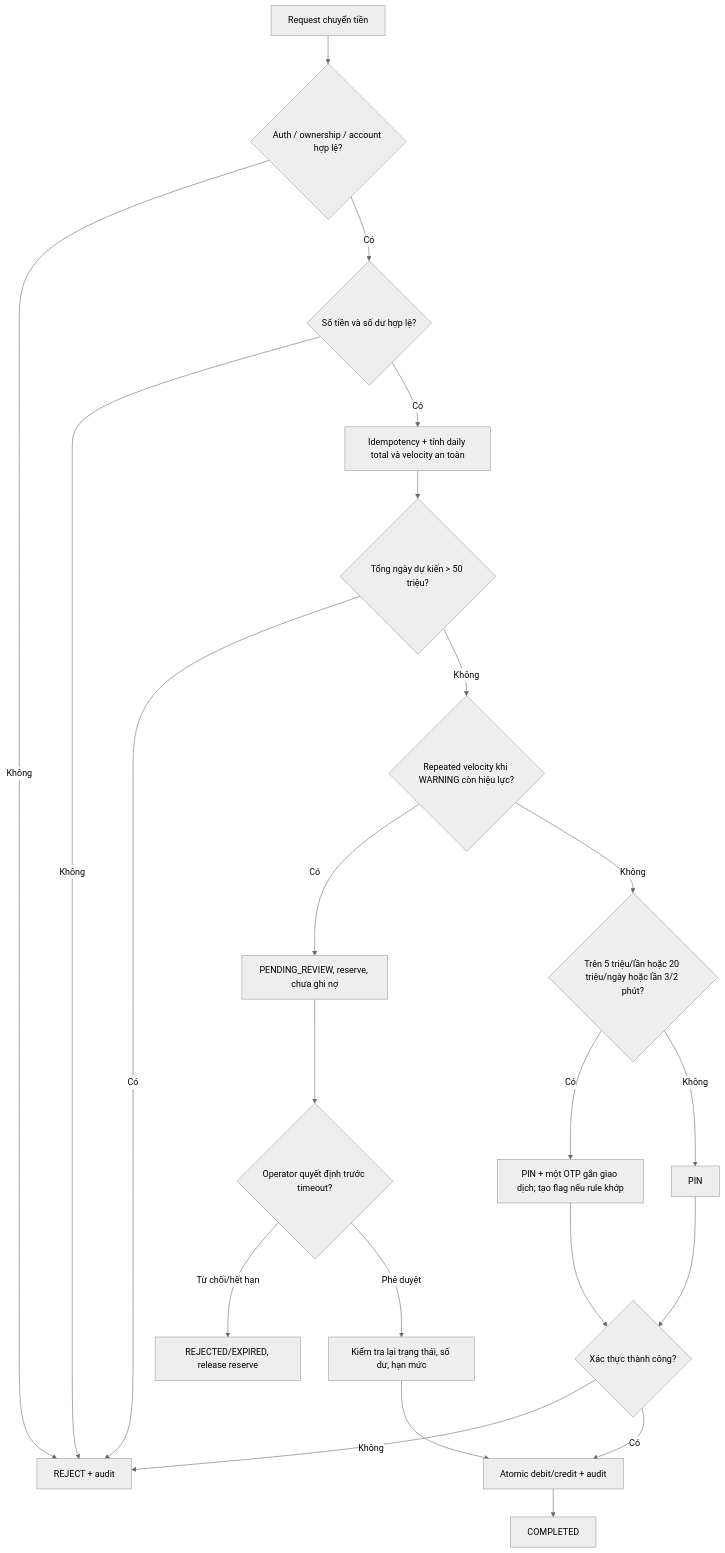
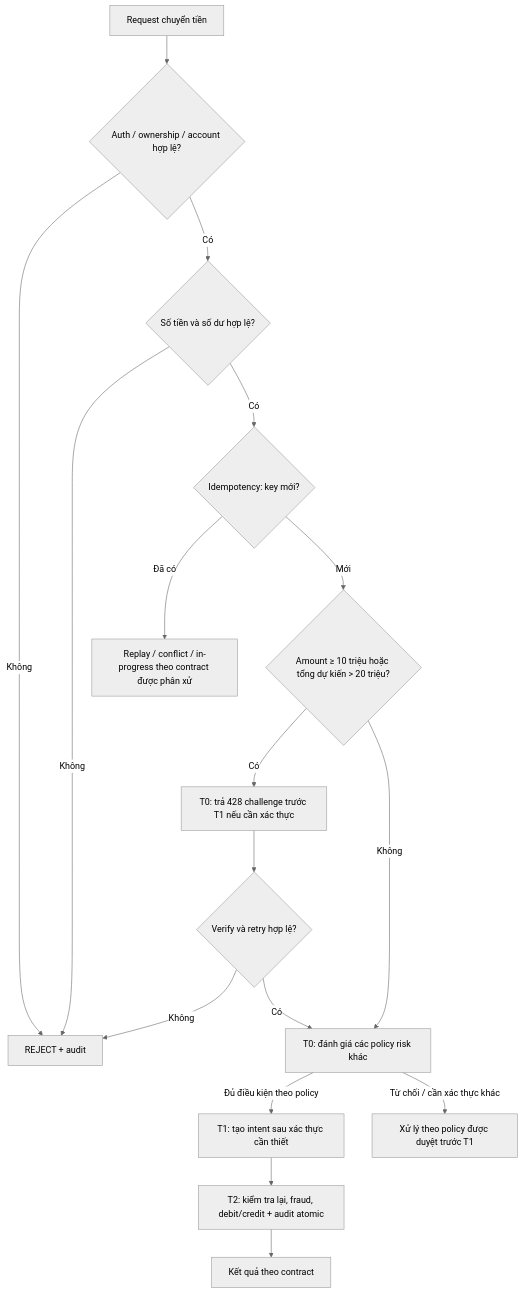
One commit to TNoLisme/cloude changed the diagram in digitalbanking-docs/docs-common/design/03. fraud-detection-rules.md. Above: the diagram before and after it, drawn with Mermaid (neutral theme). The commit also changed other lines of this file and 17 other files, not shown here.

````diff
--- a/digitalbanking-docs/docs-common/design/03. fraud-detection-rules.md
+++ b/digitalbanking-docs/docs-common/design/03. fraud-detection-rules.md
@@ -101,24 +102,19 @@
 ```mermaid
 flowchart TD
  A["Request chuyển tiền"] --> B{"Auth / ownership / account hợp lệ?"}
  B -->|Không| X["REJECT + audit"]
  B -->|Có| C{"Số tiền và số dư hợp lệ?"}
  C -->|Không| X
- C -->|Có| D["Idempotency + tính daily total và velocity an toàn"]
- D --> E{"Tổng ngày dự kiến > 50 triệu?"}
- E -->|Có| X
- E -->|Không| F{"Repeated velocity khi WARNING còn hiệu lực?"}
- F -->|Có| H["PENDING_REVIEW, reserve, chưa ghi nợ"]
- F -->|Không| G{"Trên 5 triệu/lần hoặc 20 triệu/ngày hoặc lần 3/2 phút?"}
- G -->|Có| I["PIN + một OTP gắn giao dịch; tạo flag nếu rule khớp"]
- G -->|Không| J["PIN"]
- I --> K{"Xác thực thành công?"}
- J --> K
+ C -->|Có| D{"Idempotency: key mới?"}
+ D -->|"Đã có"| E["Replay / conflict / in-progress theo contract được phân xử"]
+ D -->|"Mới"| G{"Amount ≥ 10 triệu hoặc tổng dự kiến > 20 triệu?"}
+ G -->|Có| I["T0: trả 428 challenge trước T1 nếu cần xác thực"]
+ G -->|Không| J["T0: đánh giá các policy risk khác"]
+ I --> K{"Verify và retry hợp lệ?"}
  K -->|Không| X
- K -->|Có| L["Atomic debit/credit + audit"]
- H --> M{"Operator quyết định trước timeout?"}
- M -->|Từ chối/hết hạn| N["REJECTED/EXPIRED, release reserve"]
- M -->|Phê duyệt| O["Kiểm tra lại trạng thái, số dư, hạn mức"]
- O --> L
- L --> P["COMPLETED"]
+ K -->|Có| J
+ J -->|"Đủ điều kiện theo policy"| T1["T1: tạo intent sau xác thực cần thiết"]
+ J -->|"Từ chối / cần xác thực khác"| R["Xử lý theo policy được duyệt trước T1"]
+ T1 --> L["T2: kiểm tra lại, fraud, debit/credit + audit atomic"]
+ L --> P["Kết quả theo contract"]
 ```
````
